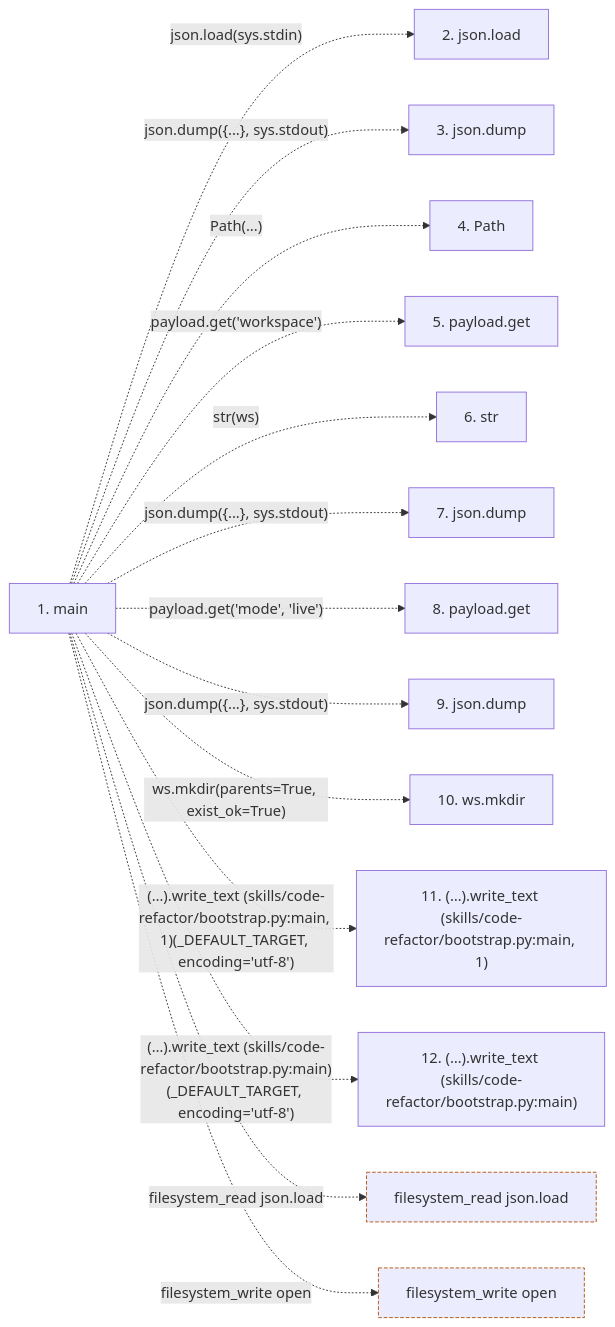
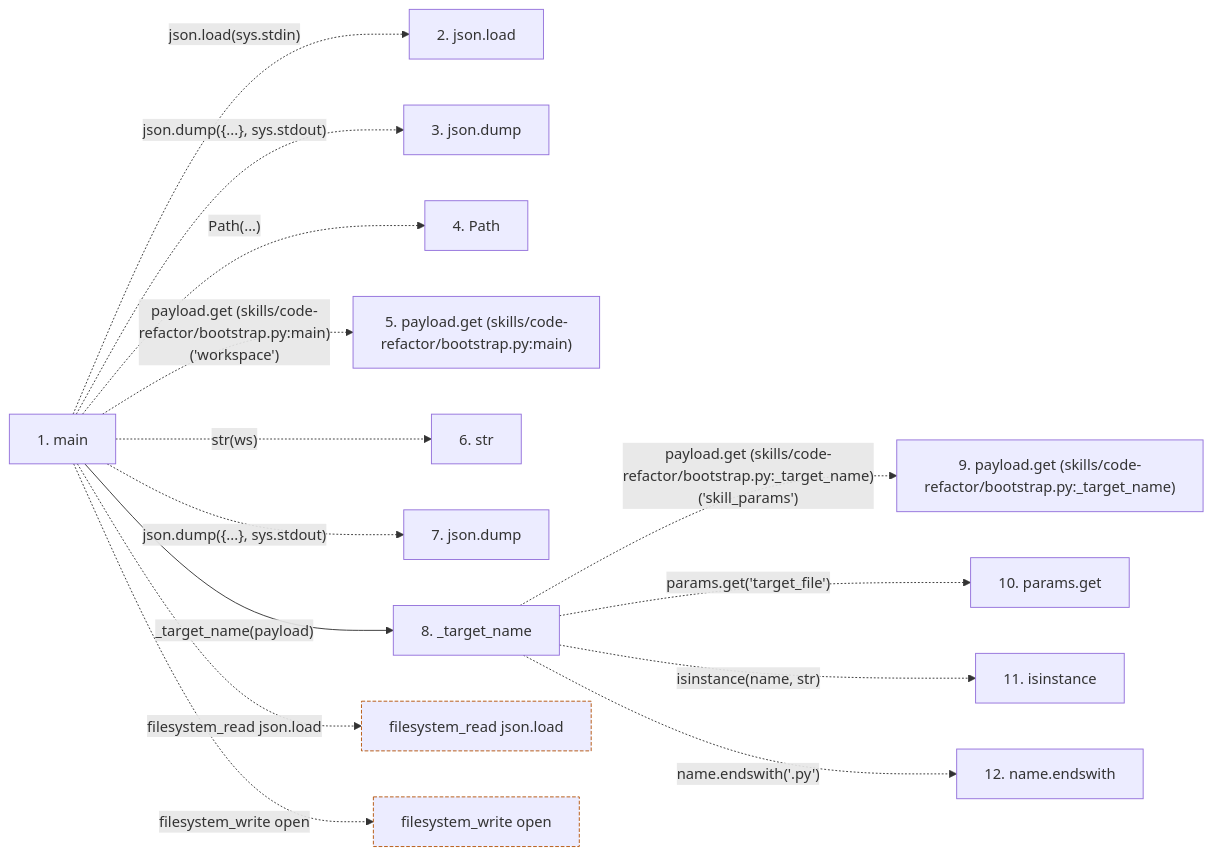
The second of 2 diagrams in docs/llm_wiki/flows/process-bootstrap-bootstrap.md (Denissvgn/autoresearch-agent), drawn with Mermaid before and after one commit. The commit also changed other lines of this file and 38 other files, not shown here.

````diff
--- a/docs/llm_wiki/flows/process-bootstrap-bootstrap.md
+++ b/docs/llm_wiki/flows/process-bootstrap-bootstrap.md
@@ -52,34 +66,35 @@
 ```mermaid
 flowchart LR
     s1["1. main"]
     s2["2. json.load"]
     s3["3. json.dump"]
     s4["4. Path"]
-    s5["5. payload.get"]
+    s5["5. payload.get (skills/code-refactor/bootstrap.py:main)"]
     s6["6. str"]
     s7["7. json.dump"]
-    s8["8. payload.get"]
-    s9["9. json.dump"]
-    s10["10. ws.mkdir"]
-    s11["11. (…).write_text (skills/code-refactor/bootstrap.py:main, 1)"]
-    s12["12. (…).write_text (skills/code-refactor/bootstrap.py:main)"]
+    s8["8. _target_name"]
+    s9["9. payload.get (skills/code-refactor/bootstrap.py:_target_name)"]
+    s10["10. params.get"]
+    s11["11. isinstance"]
+    s12["12. name.endswith"]
     s1 -. "json.load(sys.stdin)" .-> s2
     s1 -. "json.dump({...}, sys.stdout)" .-> s3
     s1 -. "Path(...)" .-> s4
-    s1 -. "payload.get('workspace')" .-> s5
+    s1 -. "payload.get (skills/code-refactor/bootstrap.py:main)('workspace')" .-> s5
     s1 -. "str(ws)" .-> s6
     s1 -. "json.dump({...}, sys.stdout)" .-> s7
-    s1 -. "payload.get('mode', 'live')" .-> s8
-    s1 -. "json.dump({...}, sys.stdout)" .-> s9
-    s1 -. "ws.mkdir(parents=True, exist_ok=True)" .-> s10
-    s1 -. "(…).write_text (skills/code-refactor/bootstrap.py:main, 1)(_DEFAULT_TARGET, encoding='utf-8')" .-> s11
-    s1 -. "(…).write_text (skills/code-refactor/bootstrap.py:main)(_DEFAULT_TARGET, encoding='utf-8')" .-> s12
+    s1 -->|"_target_name(payload)"| s8
+    s8 -. "payload.get (skills/code-refactor/bootstrap.py:_target_name)('skill_params')" .-> s9
+    s8 -. "params.get('target_file')" .-> s10
+    s8 -. "isinstance(name, str)" .-> s11
+    s8 -. "name.endswith('.py')" .-> s12
     b0["filesystem_read json.load"]
     s1 -. "filesystem_read json.load" .-> b0
     b1["filesystem_write open"]
     s1 -. "filesystem_write open" .-> b1
     click s1 "../modules/code-refactor_bootstrap.md"
+    click s8 "../modules/code-refactor_bootstrap.md"
     classDef boundary stroke:#b45309,stroke-dasharray: 4 2
     class b0 boundary
     class b1 boundary
 ```
````
